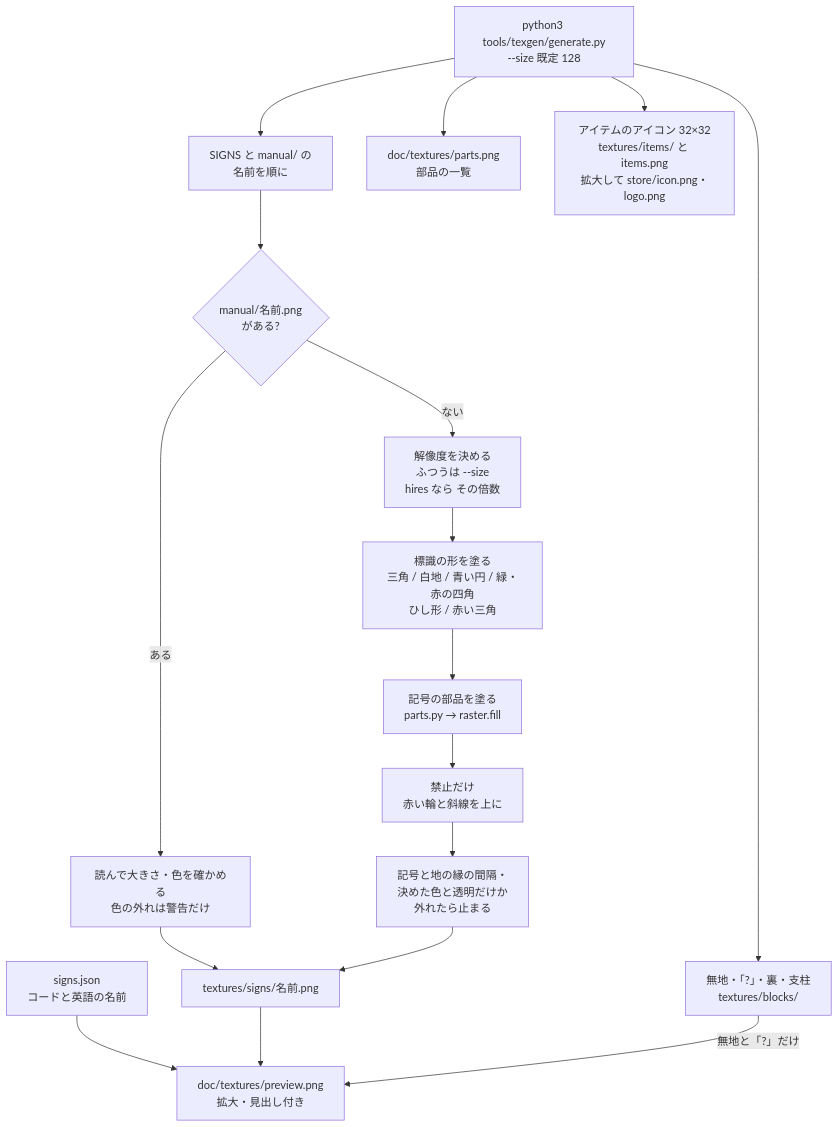
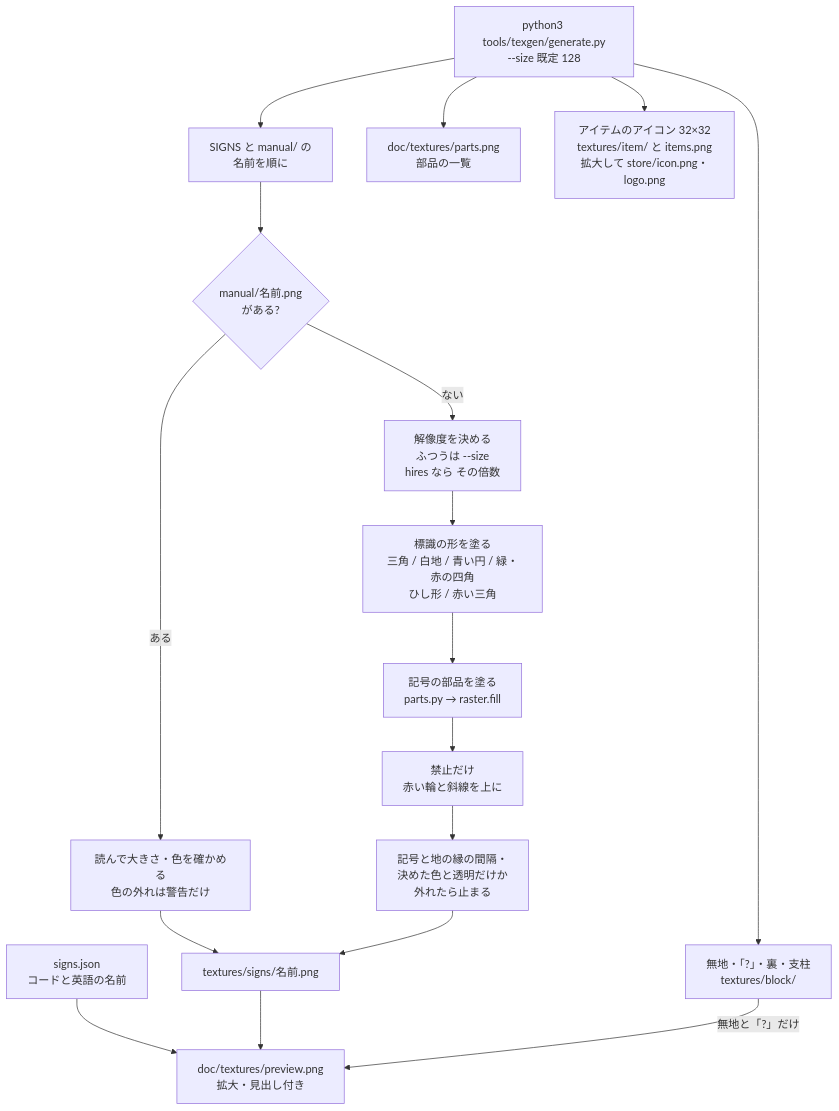
Before and after one commit to zeusisgood/safetysigns: the diagram in doc/diagrams/texture-generation.md, drawn with Mermaid. The commit also changed 146 other files, not shown here.

````diff
--- a/doc/diagrams/texture-generation.md
+++ b/doc/diagrams/texture-generation.md
@@ -12,19 +12,19 @@
 ```mermaid
 flowchart TD
     Run["python3 tools/texgen/generate.py<br/>--size 既定 128"] --> Each["SIGNS と manual/ の<br/>名前を順に"]
     Each --> Manual{"manual/名前.png<br/>がある?"}
     Manual -- ある --> Load["読んで大きさ・色を確かめる<br/>色の外れは警告だけ"]
     Manual -- ない --> Size["解像度を決める<br/>ふつうは --size<br/>hires なら その倍数"]
     Size --> Frame["標識の形を塗る<br/>三角 / 白地 / 青い円 / 緑・赤の四角<br/>ひし形 / 赤い三角"]
     Frame --> Symbol["記号の部品を塗る<br/>parts.py → raster.fill"]
     Symbol --> Slash["禁止だけ<br/>赤い輪と斜線を上に"]
     Slash --> Check["記号と地の縁の間隔・<br/>決めた色と透明だけか<br/>外れたら止まる"]
     Load --> Save["textures/signs/名前.png"]
     Check --> Save
-    Run --> Blocks["無地・「?」・裏・支柱<br/>textures/blocks/"]
+    Run --> Blocks["無地・「?」・裏・支柱<br/>textures/block/"]
     Defs["signs.json<br/>コードと英語の名前"] --> Preview
     Save --> Preview["doc/textures/preview.png<br/>拡大・見出し付き"]
     Blocks -- 無地と「?」だけ --> Preview
     Run --> Parts["doc/textures/parts.png<br/>部品の一覧"]
-    Run --> Items["アイテムのアイコン 32×32<br/>textures/items/ と items.png<br/>拡大して store/icon.png・logo.png"]
+    Run --> Items["アイテムのアイコン 32×32<br/>textures/item/ と items.png<br/>拡大して store/icon.png・logo.png"]
 ```
````
